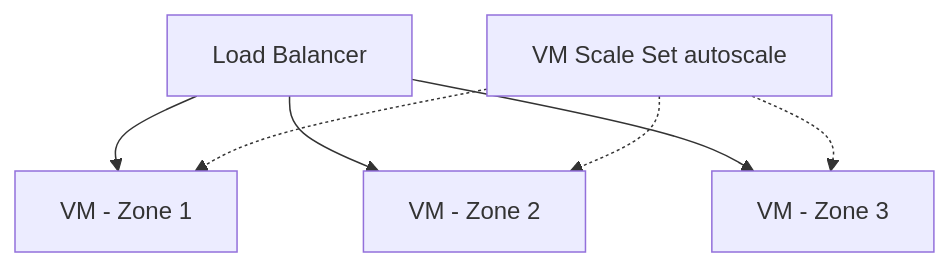
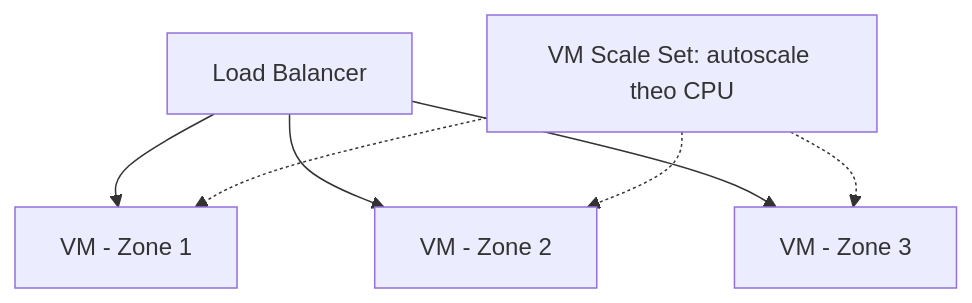
The diagram in src/assets/knowledge/playbooks/azure/azure-virtual-machines.md (passion-Infinity/personal-tech-playbook), drawn with Mermaid before and after one commit. The commit also changed other lines of this file and 6 other files, not shown here.

First line of the commit message:
Deep-dive rewrite: Azure core architecture, Entra ID/RBAC, VMs, Storage, Networking

````diff
--- a/src/assets/knowledge/playbooks/azure/azure-virtual-machines.md
+++ b/src/assets/knowledge/playbooks/azure/azure-virtual-machines.md
@@ -19,9 +35,9 @@
 ```mermaid
 flowchart TD
     LB[Load Balancer] --> Z1["VM - Zone 1"]
     LB --> Z2["VM - Zone 2"]
     LB --> Z3["VM - Zone 3"]
-    VMSS[VM Scale Set autoscale] -.-> Z1
+    VMSS["VM Scale Set: autoscale theo CPU"] -.-> Z1
     VMSS -.-> Z2
     VMSS -.-> Z3
 ```
````
